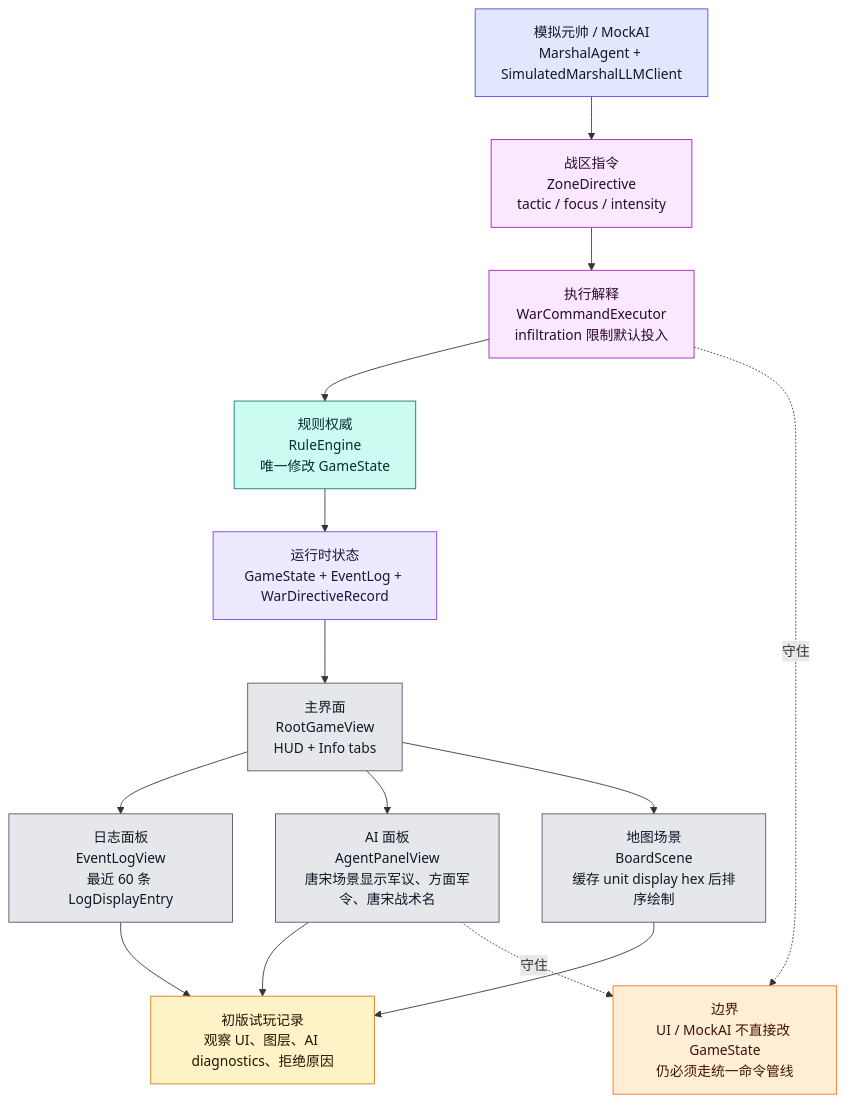
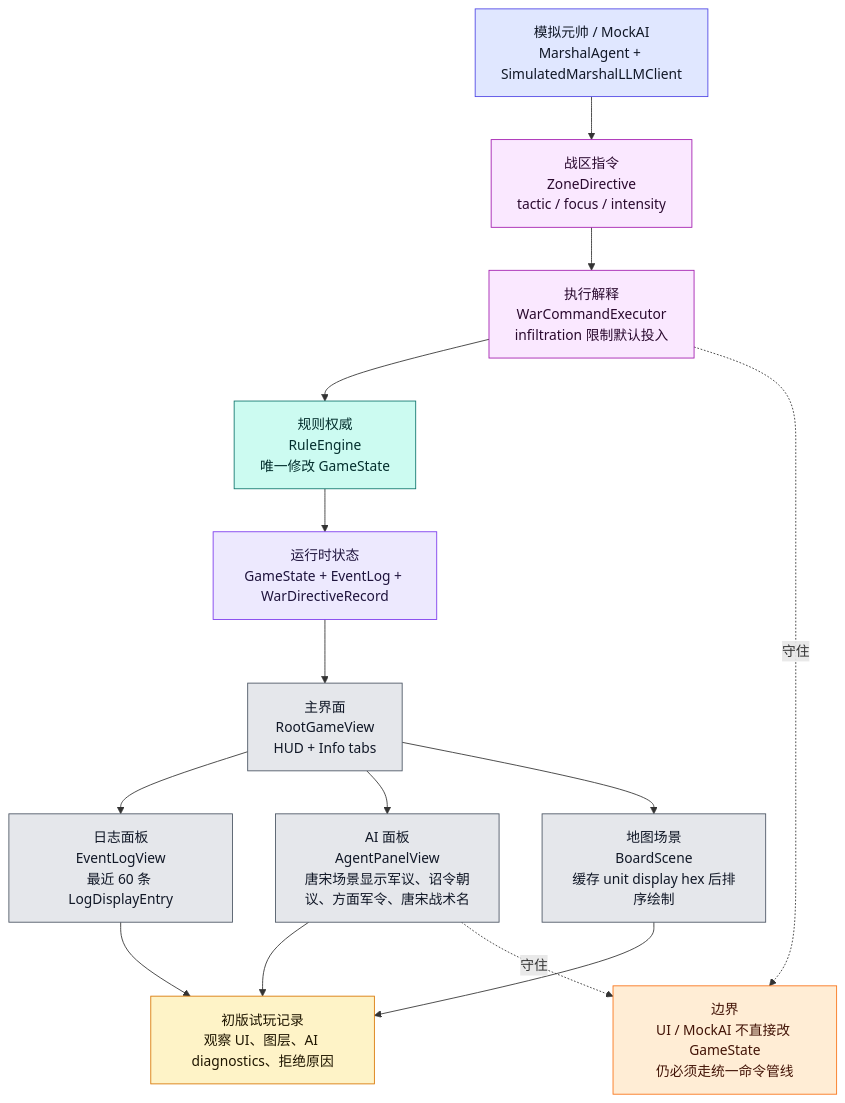
The tenth of 12 diagrams in md/flow/flowchart.md (Altman-sam114/125), drawn with Mermaid before and after one commit. The commit also changed other lines of this file and 8 other files, not shown here.

````diff
--- a/md/flow/flowchart.md
+++ b/md/flow/flowchart.md
@@ -499,34 +501,34 @@
 ```mermaid
 flowchart TD
     STATE["运行时状态<br/>GameState + EventLog + WarDirectiveRecord"]:::state
     ROOT["主界面<br/>RootGameView<br/>HUD + Info tabs"]:::ui
     LOG["日志面板<br/>EventLogView<br/>最近 60 条 LogDisplayEntry"]:::ui
-    AIUI["AI 面板<br/>AgentPanelView<br/>唐宋场景显示军议、方面军令、唐宋战术名"]:::ui
+    AIUI["AI 面板<br/>AgentPanelView<br/>唐宋场景显示军议、诏令朝议、方面军令、唐宋战术名"]:::ui
     BOARD["地图场景<br/>BoardScene<br/>缓存 unit display hex 后排序绘制"]:::ui
     MARSHAL["模拟元帅 / MockAI<br/>MarshalAgent + SimulatedMarshalLLMClient"]:::ai
     ZD["战区指令<br/>ZoneDirective<br/>tactic / focus / intensity"]:::command
     WCE["执行解释<br/>WarCommandExecutor<br/>infiltration 限制默认投入"]:::command
     RULE["规则权威<br/>RuleEngine<br/>唯一修改 GameState"]:::rules
     PLAYTEST["初版试玩记录<br/>观察 UI、图层、AI diagnostics、拒绝原因"]:::doc
 
     STATE --> ROOT
     ROOT --> LOG
     ROOT --> AIUI
     ROOT --> BOARD
     MARSHAL --> ZD --> WCE --> RULE --> STATE
     AIUI --> PLAYTEST
     LOG --> PLAYTEST
     BOARD --> PLAYTEST
 
     WARN["边界<br/>UI / MockAI 不直接改 GameState<br/>仍必须走统一命令管线"]:::warn
     AIUI -.守住.-> WARN
     WCE -.守住.-> WARN
 
     classDef state fill:#ede9fe,stroke:#7c3aed,color:#1f143d
     classDef ui fill:#e5e7eb,stroke:#4b5563,color:#111827
     classDef ai fill:#e0e7ff,stroke:#4f46e5,color:#111827
     classDef command fill:#fae8ff,stroke:#a21caf,color:#2a0a2f
     classDef rules fill:#ccfbf1,stroke:#0f766e,color:#042f2e
     classDef doc fill:#fef3c7,stroke:#d97706,color:#1f1600
     classDef warn fill:#ffedd5,stroke:#f97316,color:#431407
 ```
````
